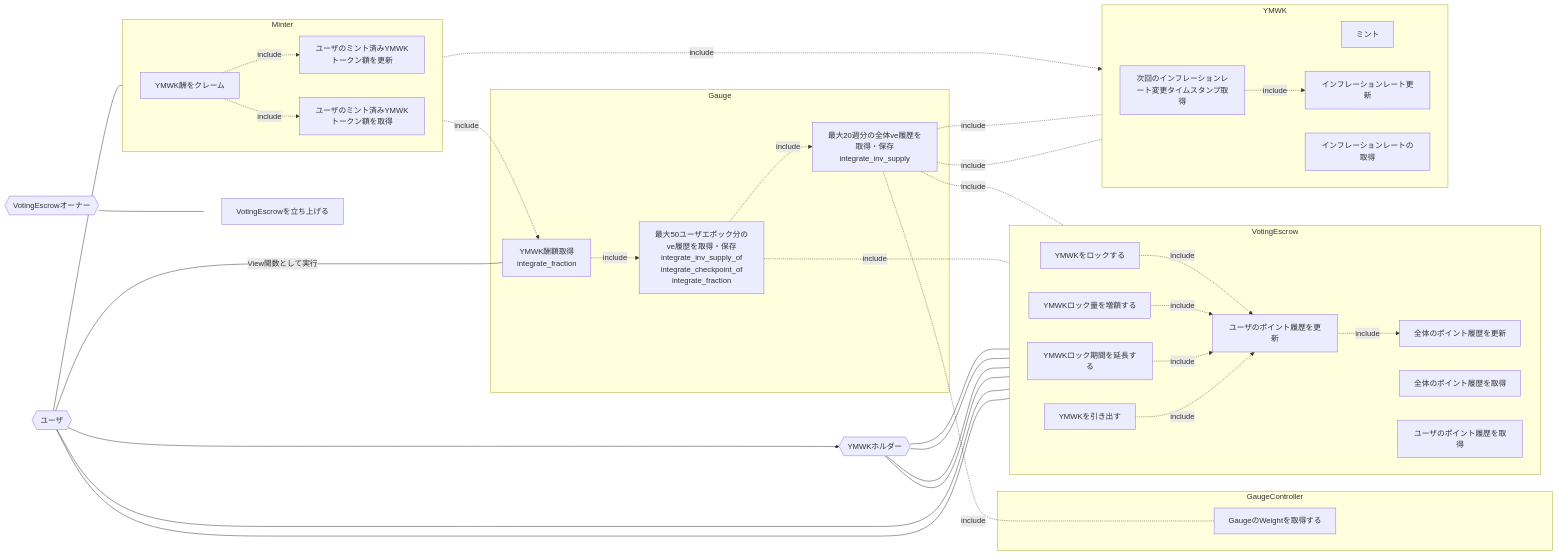
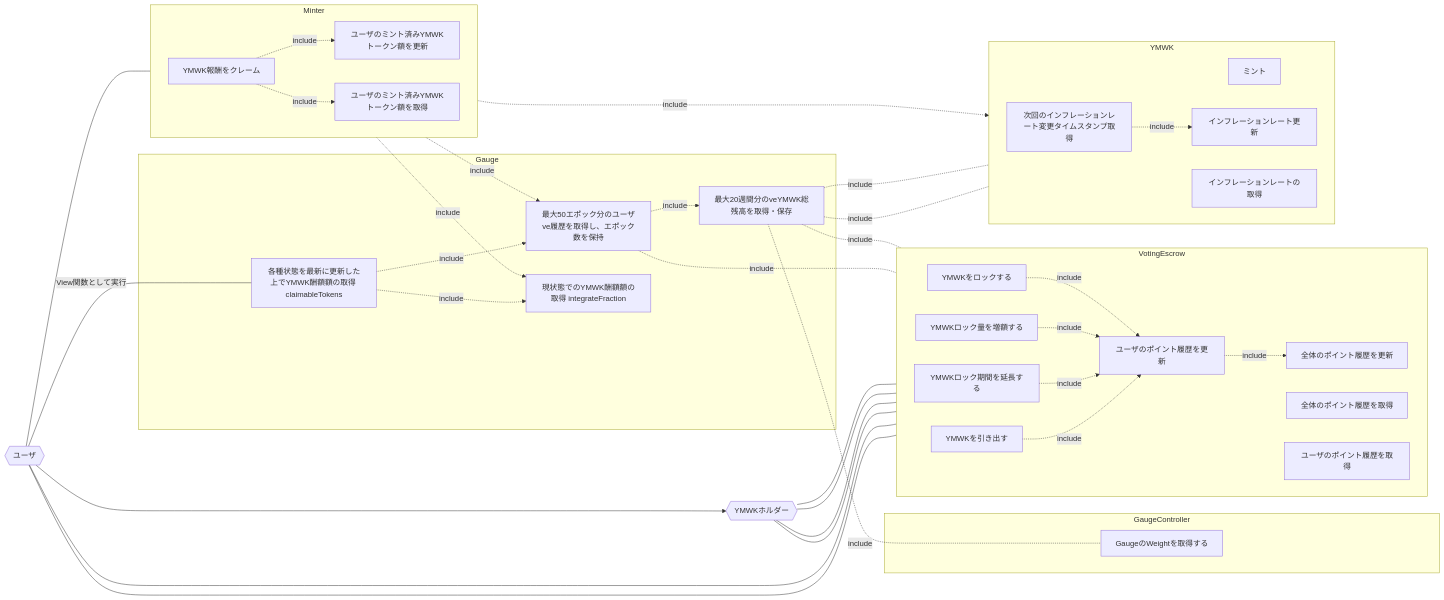
One commit to DeFiGeek-Community/yamawake changed the diagram in doc/ja/VotingEscrow/usecase.md. Above: the diagram before and after it, drawn with Mermaid. The commit also changed other lines of this file and 1 other file, not shown here.

Commit message:
update use case diagram for VotingEscrow

````diff
--- a/doc/ja/VotingEscrow/usecase.md
+++ b/doc/ja/VotingEscrow/usecase.md
@@ -46,7 +43,6 @@
 ```mermaid
 graph LR
     classDef transparent fill:none,stroke:none;
-    owner{{"VotingEscrowオーナー"}}
     holder{{"YMWKホルダー"}}
     user{{"ユーザ"}}
 
@@ -56,8 +52,8 @@
     withdraw["YMWKを引き出す"]
     uck["ユーザのポイント履歴を更新"]
     ck["全体のポイント履歴を更新"]
-    integral["最大20週分の全体ve履歴を取得・保存\nintegrate_inv_supply"]
-    integral_of["最大50ユーザエポック分のve履歴を取得・保存\nintegrate_inv_supply_of\nintegrate_checkpoint_of\nintegrate_fraction"]
+    integral["最大20週間分のveYMWK総残高を取得・保存"]
+    integral_of["最大50エポック分のユーザve履歴を取得し、エポック数を保持"]
     ve_total_supply["全体のポイント履歴を取得"]
     ve_user_balance["ユーザのポイント履歴を取得"]
 
@@ -67,12 +63,10 @@
     update_rate["インフレーションレート更新"]
     update_minted["ユーザのミント済みYMWKトークン額を更新"]
     minted["ユーザのミント済みYMWKトークン額を取得"]
-    claim_ymwk["YMWK酬をクレーム"]
+    claim_ymwk["YMWK報酬をクレーム"]
 
-    deploy["VotingEscrowを立ち上げる"]
-
-
-    claimable_tokens["YMWK酬額取得\nintegrate_fraction"]
+    integrate_fraction["現状態でのYMWK酬額額の取得 integrateFraction"]
+    claimable_tokens["各種状態を最新に更新した上でYMWK酬額額の取得 claimableTokens"]
 
     gauge_relative_weight["GaugeのWeightを取得する"]
 
@@ -89,13 +83,15 @@
     holder --- withdraw
 
     integral_of -.->|include| integral
+    claimable_tokens -.->|include| integrate_fraction
     claimable_tokens -.->|include| integral_of
 
     user ---> holder
     user --- claim_ymwk
     user ---|View関数として実行| claimable_tokens
 
-    claim_ymwk -.->|include| claimable_tokens
+    claim_ymwk -.->|include| integrate_fraction
+    claim_ymwk -.->|include| integral_of
     claim_ymwk -.->|include| mint
     claim_ymwk -.->|include| minted
     claim_ymwk -.->|include| update_minted
@@ -110,17 +106,8 @@
     integral -.-|include| gauge_relative_weight
 
 
-
-    owner --- deploy
-
-    subgraph Admin[ ]
-      direction LR
-      deploy
-    end
-
-    class Admin transparent
-
     subgraph Gauge
+      integrate_fraction
       claimable_tokens
       integral_of
       integral
````
